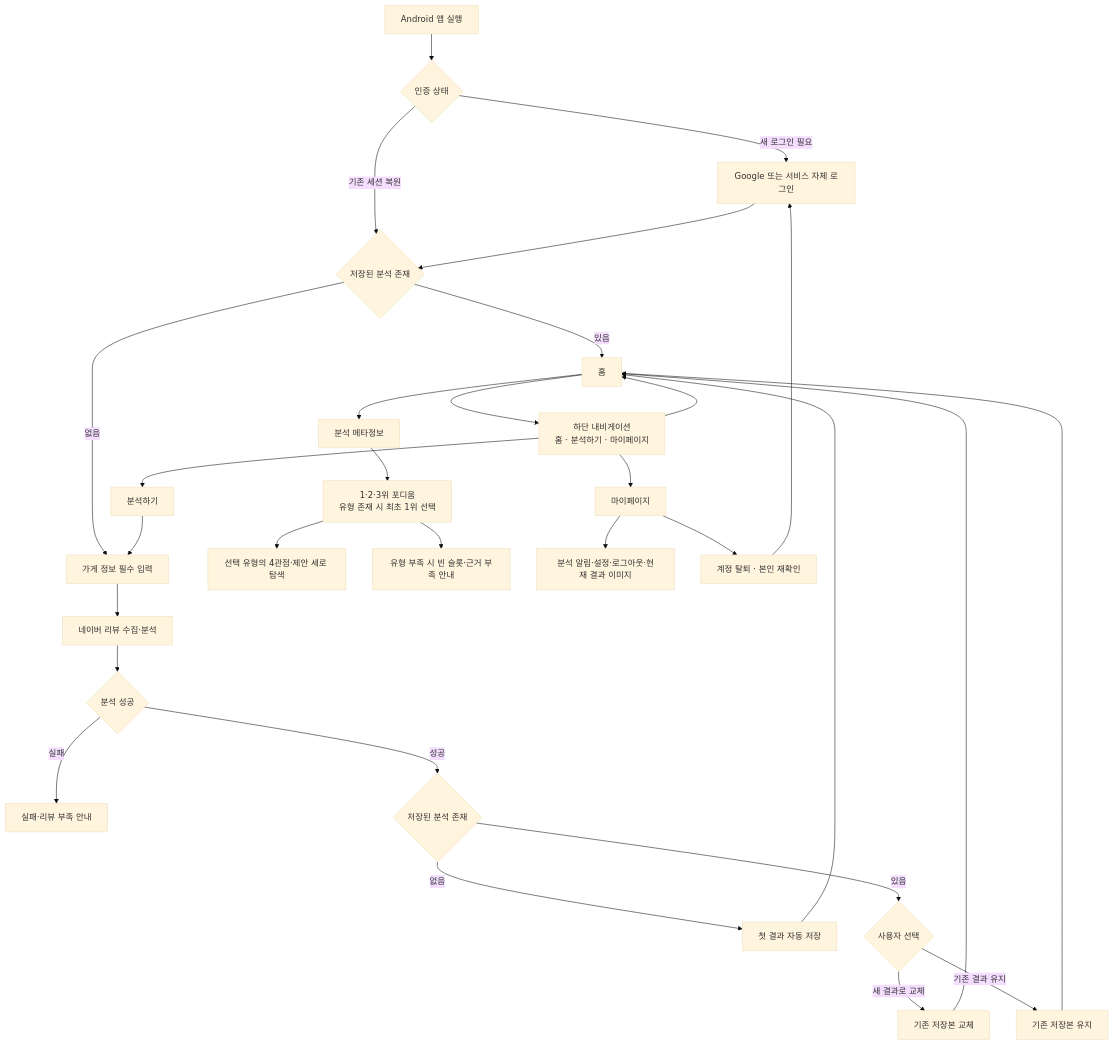
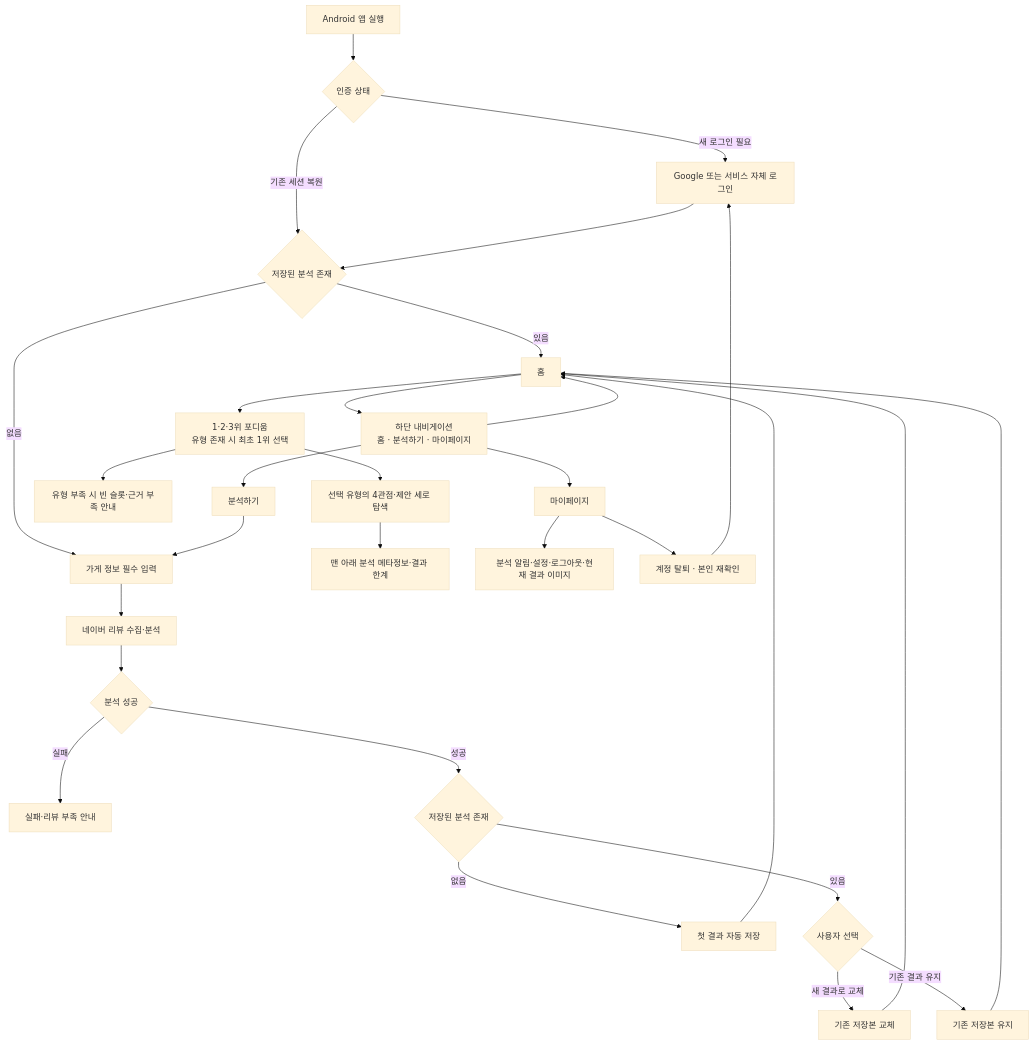
The diagram in docs/product/requirements/USER_FLOW.md (SKUnohtaekyung/PULSE_SCC), drawn with Mermaid (base theme) before and after one commit. The commit also changed other lines of this file and 6 other files, not shown here.

````diff
--- a/docs/product/requirements/USER_FLOW.md
+++ b/docs/product/requirements/USER_FLOW.md
@@ -35,32 +35,32 @@
 ```mermaid
 flowchart TD
     A[Android 앱 실행] --> B{인증 상태}
     B -- 새 로그인 필요 --> C[Google 또는 서비스 자체 로그인]
     B -- 기존 세션 복원 --> Z{저장된 분석 존재}
     Z -- 있음 --> H[홈]
     Z -- 없음 --> D[가게 정보 필수 입력]
     C --> Z
     D --> E[네이버 리뷰 수집·분석]
     E --> F{분석 성공}
     F -- 실패 --> G[실패·리뷰 부족 안내]
     F -- 성공 --> S{저장된 분석 존재}
     S -- 없음 --> T[첫 결과 자동 저장]
     T --> H
     S -- 있음 --> U{사용자 선택}
     U -- 새 결과로 교체 --> V[기존 저장본 교체]
     U -- 기존 결과 유지 --> W[기존 저장본 유지]
     V --> H
     W --> H
-    H --> M[분석 메타정보]
-    M --> P[1·2·3위 포디움<br/>유형 존재 시 최초 1위 선택]
+    H --> P[1·2·3위 포디움<br/>유형 존재 시 최초 1위 선택]
     P --> Q[선택 유형의 4관점·제안 세로 탐색]
     P --> P1[유형 부족 시 빈 슬롯·근거 부족 안내]
+    Q --> M[맨 아래 분석 메타정보·결과 한계]
     H --> N[하단 내비게이션<br/>홈 · 분석하기 · 마이페이지]
     N --> H
     N --> X[분석하기]
     X --> D
     N --> Y[마이페이지]
     Y --> Y1[분석 알림·설정·로그아웃·현재 결과 이미지]
     Y --> Y2[계정 탈퇴 · 본인 재확인]
     Y2 --> C
 ```
````
